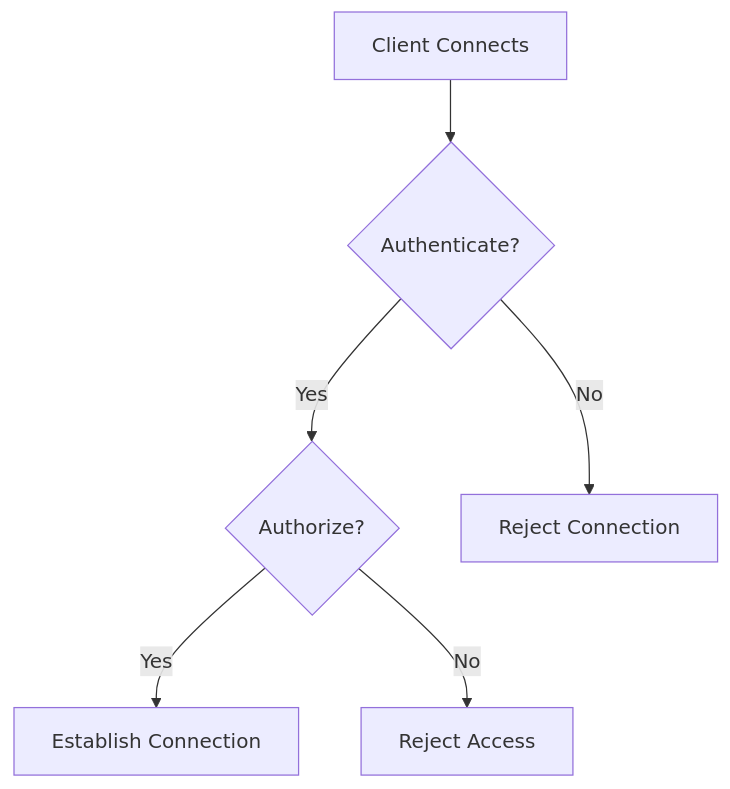
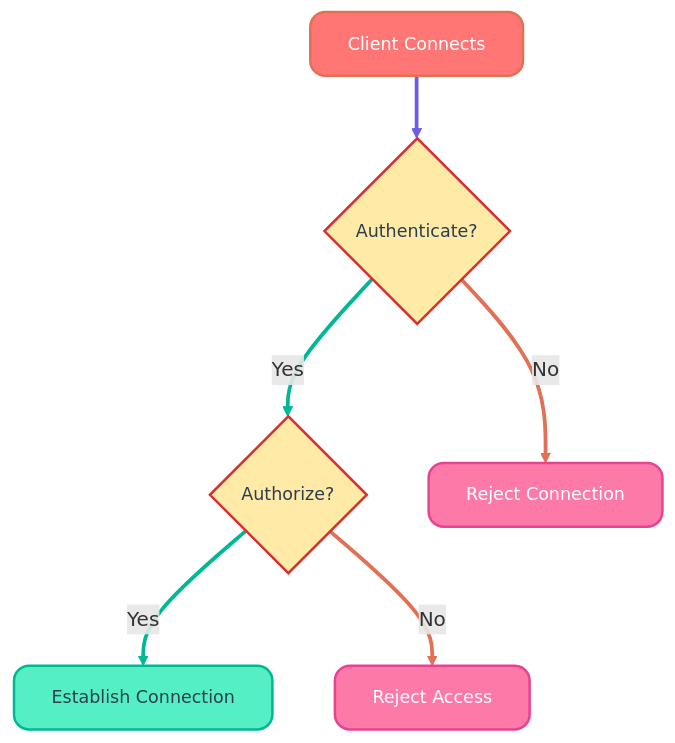
The third of 3 diagrams in _posts/go/2025-12-25-27.-working-with-websockets.md (infoyouth/infoyouth.github.io), drawn with Mermaid before and after one commit. The commit also changed other lines of this file, not shown here.

Commit message:
Apply BLOG-REVIEW-RULES: style Mermaid diagrams, add front matter, examples

````diff
--- a/_posts/go/2025-12-25-27.-working-with-websockets.md
+++ b/_posts/go/2025-12-25-27.-working-with-websockets.md
@@ -334,8 +596,24 @@
 ```mermaid
 flowchart TD
     A[Client Connects] --> B{Authenticate?}
     B -- Yes --> C{Authorize?}
     B -- No --> D[Reject Connection]
     C -- Yes --> E[Establish Connection]
     C -- No --> F[Reject Access]
+
+    classDef clientStyle fill:#ff7675,stroke:#e17055,color:#fff,font-size:14px,stroke-width:2px,rx:12,shadow:4px;
+    classDef decisionStyle fill:#ffeaa7,stroke:#d63031,color:#2c3e50,font-size:14px,stroke-width:2px,rx:12,shadow:4px;
+    classDef successStyle fill:#55efc4,stroke:#00b894,color:#2c3e50,font-size:14px,stroke-width:2px,rx:12,shadow:4px;
+    classDef rejectStyle fill:#fd79a8,stroke:#e84393,color:#fff,font-size:14px,stroke-width:2px,rx:12,shadow:4px;
+
+    class A clientStyle;
+    class B,C decisionStyle;
+    class E successStyle;
+    class D,F rejectStyle;
+
+    linkStyle 0 stroke:#6c5ce7,stroke-width:3px;
+    linkStyle 1 stroke:#00b894,stroke-width:3px;
+    linkStyle 2 stroke:#e17055,stroke-width:3px;
+    linkStyle 3 stroke:#00b894,stroke-width:3px;
+    linkStyle 4 stroke:#e17055,stroke-width:3px;
 ```
````
